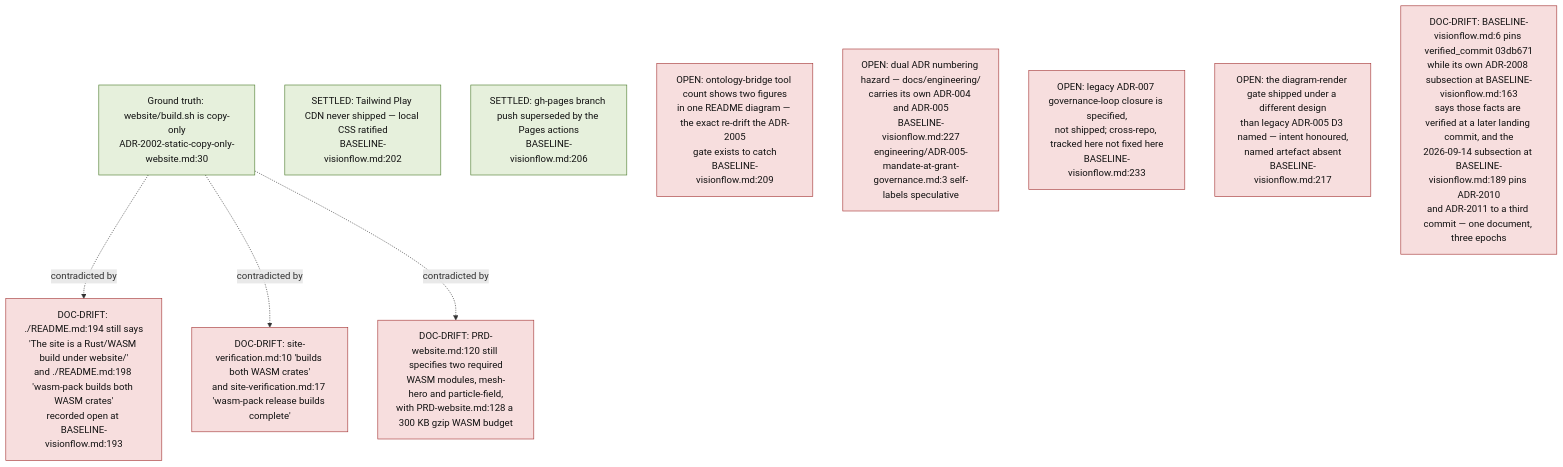
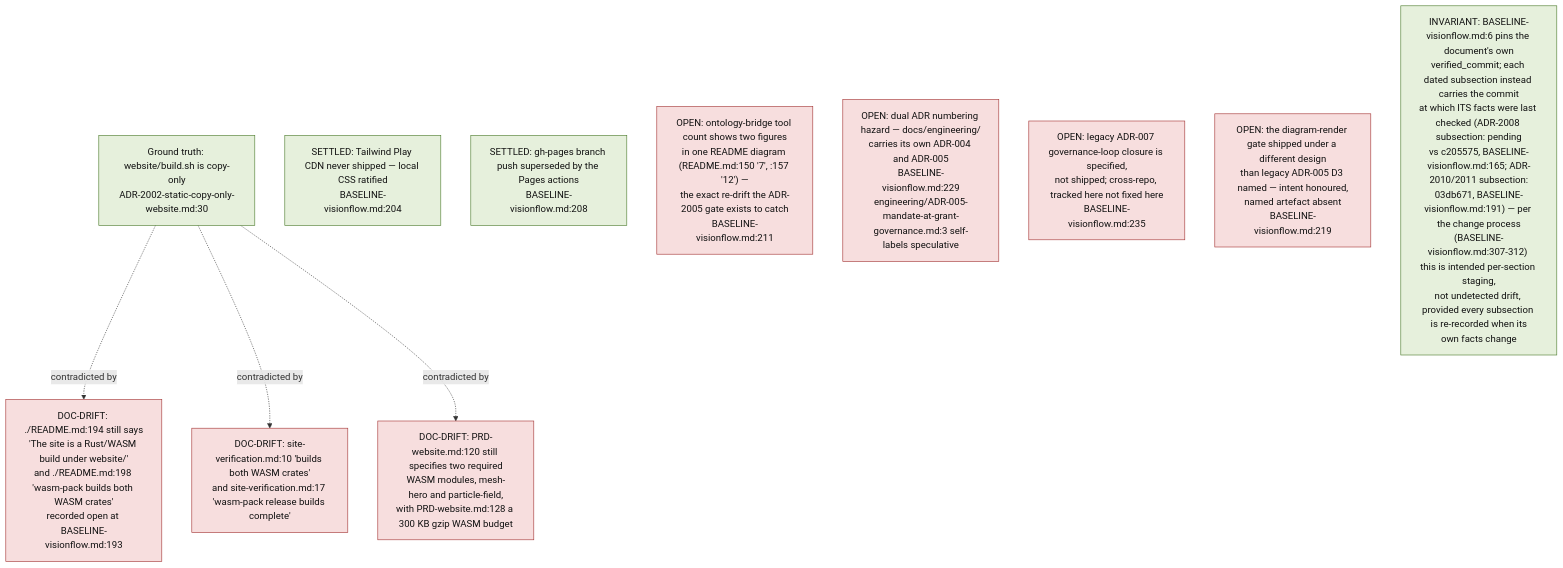
The eighth of 11 diagrams in docs/diagrams/visionflow/01-repo-composition-and-canon.md (DreamLab-AI/VisionFlow), drawn with Mermaid before and after one commit. The commit also changed other lines of this file and 136 other files, not shown here.

First line of the commit message:
docs(diagrams): refresh the whole corpus to code HEAD and prune low-value diagrams

````diff
--- a/docs/diagrams/visionflow/01-repo-composition-and-canon.md
+++ b/docs/diagrams/visionflow/01-repo-composition-and-canon.md
@@ -385,24 +299,24 @@
 ```mermaid
 flowchart TB
     classDef drift fill:#f7dede,stroke:#a33333,color:#111
     classDef settled fill:#e6f0dc,stroke:#4a7a2a,color:#111
 
     SRC["Ground truth: website/build.sh is copy-only<br/>ADR-2002-static-copy-only-website.md:30"]:::settled
 
     D1["DOC-DRIFT: ./README.md:194 still says<br/>'The site is a Rust/WASM build under website/'<br/>and ./README.md:198 'wasm-pack builds both WASM crates'<br/>recorded open at BASELINE-visionflow.md:193"]:::drift
     D2["DOC-DRIFT: site-verification.md:10 'builds both WASM crates'<br/>and site-verification.md:17 'wasm-pack release builds complete'"]:::drift
     D3["DOC-DRIFT: PRD-website.md:120 still specifies two required<br/>WASM modules, mesh-hero and particle-field,<br/>with PRD-website.md:128 a 300 KB gzip WASM budget"]:::drift
     SRC -.->|"contradicted by"| D1
     SRC -.->|"contradicted by"| D2
     SRC -.->|"contradicted by"| D3
 
-    S1["SETTLED: Tailwind Play CDN never shipped — local CSS ratified<br/>BASELINE-visionflow.md:202"]:::settled
-    S2["SETTLED: gh-pages branch push superseded by the Pages actions<br/>BASELINE-visionflow.md:206"]:::settled
+    S1["SETTLED: Tailwind Play CDN never shipped — local CSS ratified<br/>BASELINE-visionflow.md:204"]:::settled
+    S2["SETTLED: gh-pages branch push superseded by the Pages actions<br/>BASELINE-visionflow.md:208"]:::settled
 
-    O1["OPEN: ontology-bridge tool count shows two figures<br/>in one README diagram — the exact re-drift the ADR-2005<br/>gate exists to catch<br/>BASELINE-visionflow.md:209"]:::drift
-    O2["OPEN: dual ADR numbering hazard — docs/engineering/<br/>carries its own ADR-004 and ADR-005<br/>BASELINE-visionflow.md:227<br/>engineering/ADR-005-mandate-at-grant-governance.md:3 self-labels speculative"]:::drift
-    O3["OPEN: legacy ADR-007 governance-loop closure is specified,<br/>not shipped; cross-repo, tracked here not fixed here<br/>BASELINE-visionflow.md:233"]:::drift
-    O4["OPEN: the diagram-render gate shipped under a different design<br/>than legacy ADR-005 D3 named — intent honoured,<br/>named artefact absent<br/>BASELINE-visionflow.md:217"]:::drift
+    O1["OPEN: ontology-bridge tool count shows two figures<br/>in one README diagram (README.md:150 '7', :157 '12') —<br/>the exact re-drift the ADR-2005 gate exists to catch<br/>BASELINE-visionflow.md:211"]:::drift
+    O2["OPEN: dual ADR numbering hazard — docs/engineering/<br/>carries its own ADR-004 and ADR-005<br/>BASELINE-visionflow.md:229<br/>engineering/ADR-005-mandate-at-grant-governance.md:3 self-labels speculative"]:::drift
+    O3["OPEN: legacy ADR-007 governance-loop closure is specified,<br/>not shipped; cross-repo, tracked here not fixed here<br/>BASELINE-visionflow.md:235"]:::drift
+    O4["OPEN: the diagram-render gate shipped under a different design<br/>than legacy ADR-005 D3 named — intent honoured,<br/>named artefact absent<br/>BASELINE-visionflow.md:219"]:::drift
 
-    DOCDRIFT5["DOC-DRIFT: BASELINE-visionflow.md:6 pins verified_commit 03db671<br/>while its own ADR-2008 subsection at BASELINE-visionflow.md:163<br/>says those facts are verified at a later landing commit, and the<br/>2026-09-14 subsection at BASELINE-visionflow.md:189 pins ADR-2010<br/>and ADR-2011 to a third commit — one document, three epochs"]:::drift
+    INV["INVARIANT: BASELINE-visionflow.md:6 pins the document's own<br/>verified_commit; each dated subsection instead carries the commit<br/>at which ITS facts were last checked (ADR-2008 subsection: pending<br/>vs c205575, BASELINE-visionflow.md:165; ADR-2010/2011 subsection:<br/>03db671, BASELINE-visionflow.md:191) — per the change process<br/>(BASELINE-visionflow.md:307-312) this is intended per-section staging,<br/>not undetected drift, provided every subsection is re-recorded when its<br/>own facts change"]:::settled
 ```
````
